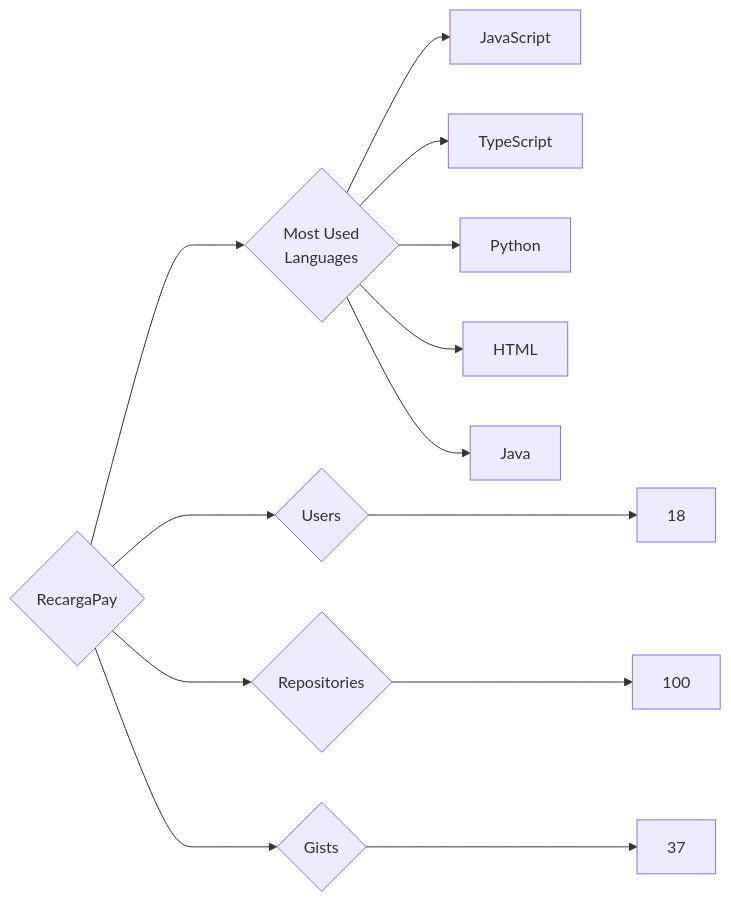
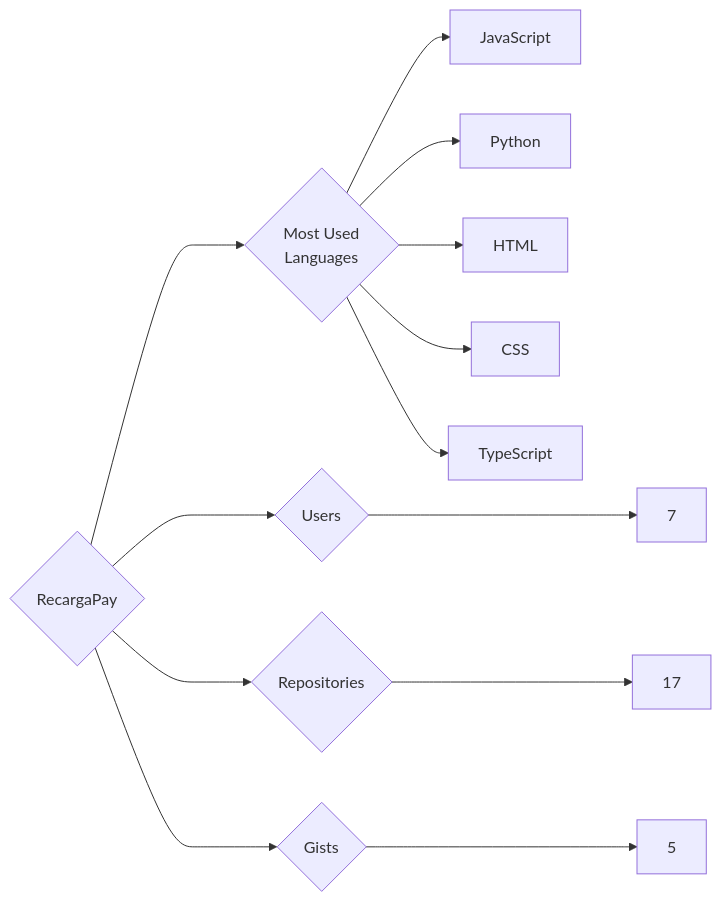
Before and after one commit to trickest/insiders: the diagram in targets/RecargaPay/README.md, drawn with Mermaid. The commit also changed 815 other files, not shown here.

````diff
--- a/targets/RecargaPay/README.md
+++ b/targets/RecargaPay/README.md
@@ -3,13 +3,13 @@
 ```mermaid
 graph LR
 COMPANY_NAME{RecargaPay}
-COMPANY_NAME ---> U{Users} ---> UN[18]
-COMPANY_NAME ---> R{Repositories} ---> RN[100]
-COMPANY_NAME ---> G{Gists} ---> GN[37]
+COMPANY_NAME ---> U{Users} ---> UN[7]
+COMPANY_NAME ---> R{Repositories} ---> RN[17]
+COMPANY_NAME ---> G{Gists} ---> GN[5]
 COMPANY_NAME ---> ML{Most Used<br>Languages}
 ML --> JavaScript[JavaScript]
-ML --> TypeScript[TypeScript]
 ML --> Python[Python]
 ML --> HTML[HTML]
-ML --> Java[Java]
+ML --> CSS[CSS]
+ML --> TypeScript[TypeScript]
 ```
````
